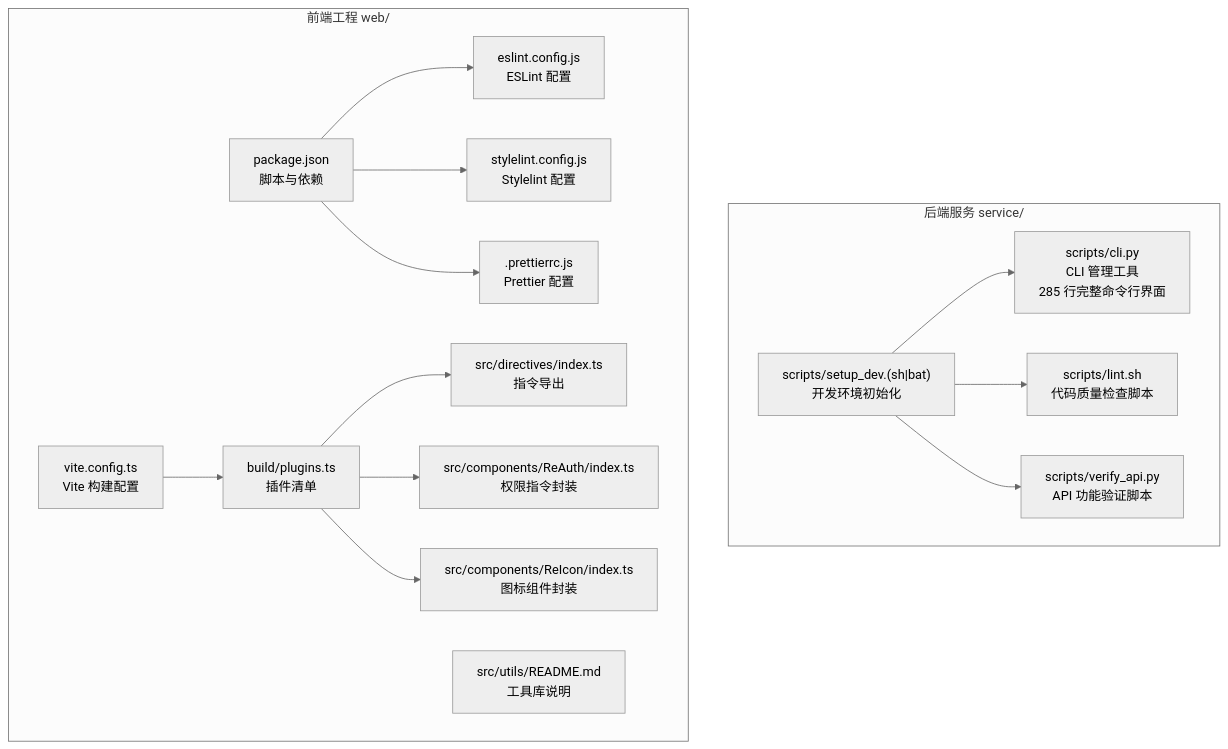
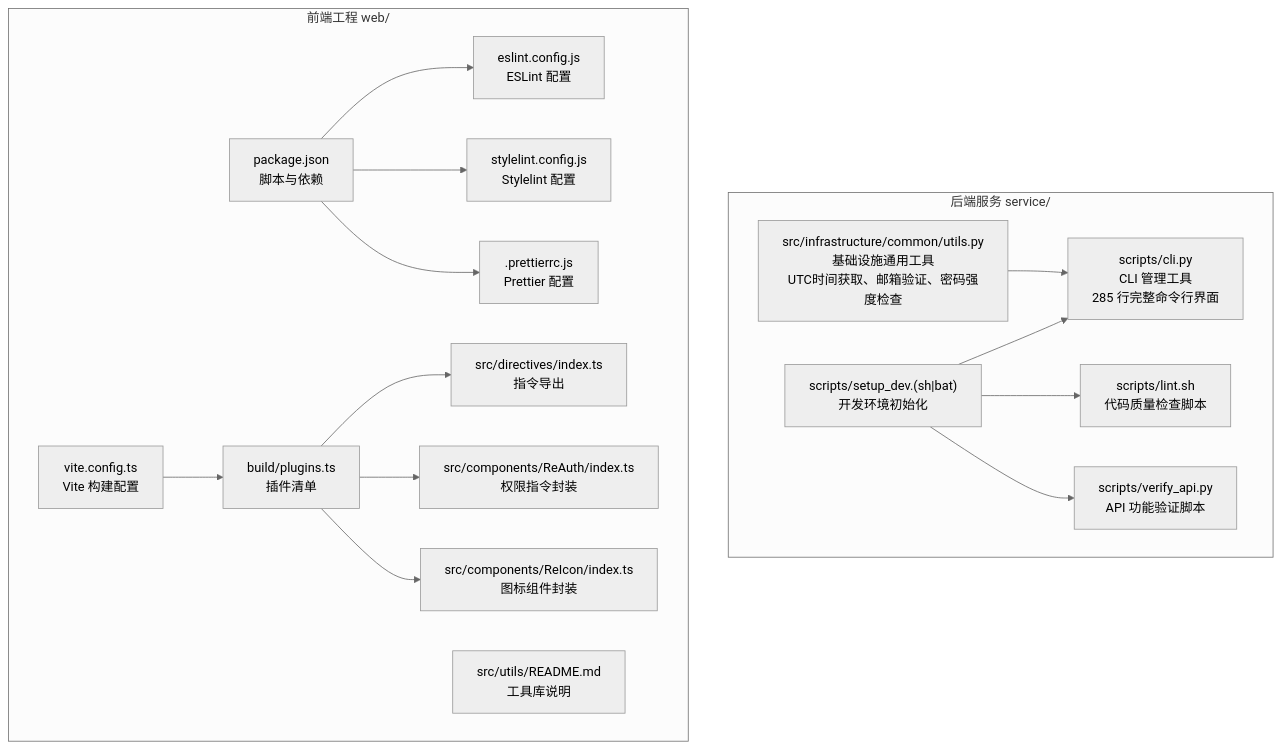
Before and after one commit to taoweidong/Hello-FastApi: the first of 12 diagrams in .qoder/repowiki/zh/content/核心模块/开发工具与实用函数.md, drawn with Mermaid (neutral theme). The commit also changed other lines of this file and 22 other files, not shown here.

````diff
--- a/.qoder/repowiki/zh/content/核心模块/开发工具与实用函数.md
+++ b/.qoder/repowiki/zh/content/核心模块/开发工具与实用函数.md
@@ -56,31 +60,33 @@
 ```mermaid
 graph TB
 subgraph "后端服务 service/"
 S_CLI["scripts/cli.py<br/>CLI 管理工具<br/>285 行完整命令行界面"]
 S_LINT["scripts/lint.sh<br/>代码质量检查脚本"]
 S_SETUP["scripts/setup_dev.(sh|bat)<br/>开发环境初始化"]
 S_VERIFY["scripts/verify_api.py<br/>API 功能验证脚本"]
+S_INFRA["src/infrastructure/common/utils.py<br/>基础设施通用工具<br/>UTC时间获取、邮箱验证、密码强度检查"]
 end
 subgraph "前端工程 web/"
 W_ESLINT["eslint.config.js<br/>ESLint 配置"]
 W_STYLELINT["stylelint.config.js<br/>Stylelint 配置"]
 W_PRETTIER[".prettierrc.js<br/>Prettier 配置"]
 W_PKG["package.json<br/>脚本与依赖"]
 W_VITE["vite.config.ts<br/>Vite 构建配置"]
 W_PLUGINS["build/plugins.ts<br/>插件清单"]
 W_DIRS["src/directives/index.ts<br/>指令导出"]
 W_UTILS["src/utils/README.md<br/>工具库说明"]
 W_REAUTH["src/components/ReAuth/index.ts<br/>权限指令封装"]
 W_REICON["src/components/ReIcon/index.ts<br/>图标组件封装"]
 end
 S_SETUP --> S_CLI
 S_SETUP --> S_LINT
 S_SETUP --> S_VERIFY
+S_INFRA --> S_CLI
 W_PKG --> W_ESLINT
 W_PKG --> W_STYLELINT
 W_PKG --> W_PRETTIER
 W_VITE --> W_PLUGINS
 W_PLUGINS --> W_DIRS
 W_PLUGINS --> W_REAUTH
 W_PLUGINS --> W_REICON
 ```
````
